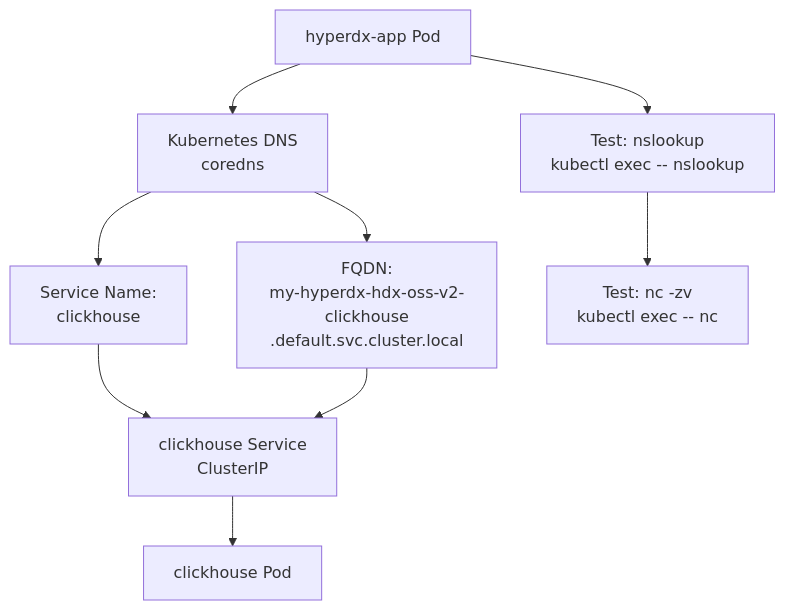
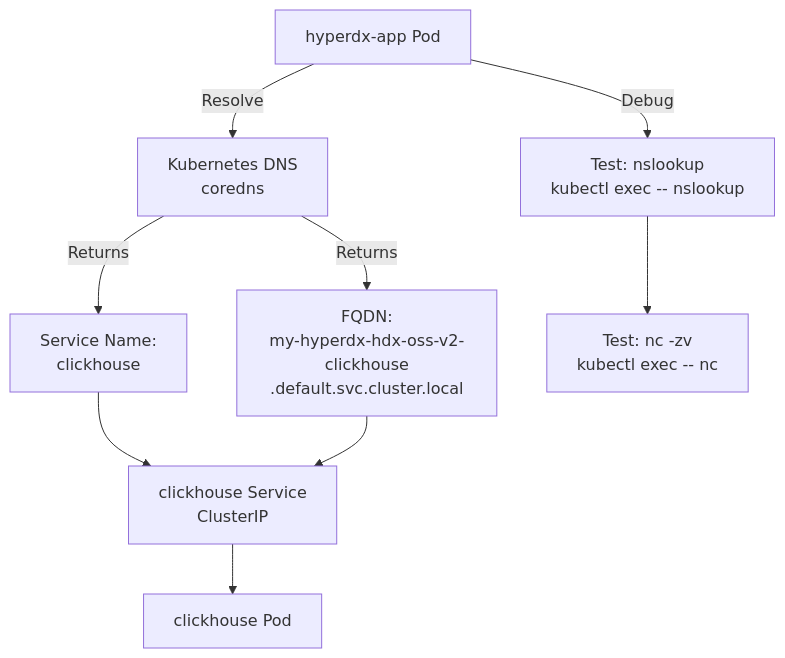
One commit to openchoreo/openchoreo changed the fifth of 7 diagrams in docs/hyperdxio-helm-charts-docs/Troubleshooting.md. Above: the diagram before and after it, drawn with Mermaid. The commit also changed other lines of this file and 85 other files, not shown here.

Commit message:
feat: Add new workflow and specification templates, update Helm chart dependencies, and clarify documentation diagrams.

````diff
--- a/docs/hyperdxio-helm-charts-docs/Troubleshooting.md
+++ b/docs/hyperdxio-helm-charts-docs/Troubleshooting.md
@@ -532,21 +532,21 @@
 ```mermaid
 flowchart TD
 
 AppPod["hyperdx-app Pod"]
 DNS["Kubernetes DNS<br>coredns"]
 ShortName["Service Name:<br>clickhouse"]
 FQDN["FQDN:<br>my-hyperdx-hdx-oss-v2-clickhouse<br>.default.svc.cluster.local"]
 CHSvc["clickhouse Service<br>ClusterIP"]
 CHPod["clickhouse Pod"]
 TestDNS["Test: nslookup<br>kubectl exec -- nslookup"]
 TestPort["Test: nc -zv<br>kubectl exec -- nc"]
 
-AppPod --> DNS
-DNS --> ShortName
-DNS --> FQDN
+AppPod -->|"Resolve"| DNS
+DNS -->|"Returns"| ShortName
+DNS -->|"Returns"| FQDN
 ShortName --> CHSvc
 FQDN --> CHSvc
 CHSvc --> CHPod
-AppPod --> TestDNS
+AppPod -->|"Debug"| TestDNS
 TestDNS --> TestPort
 ```
````
